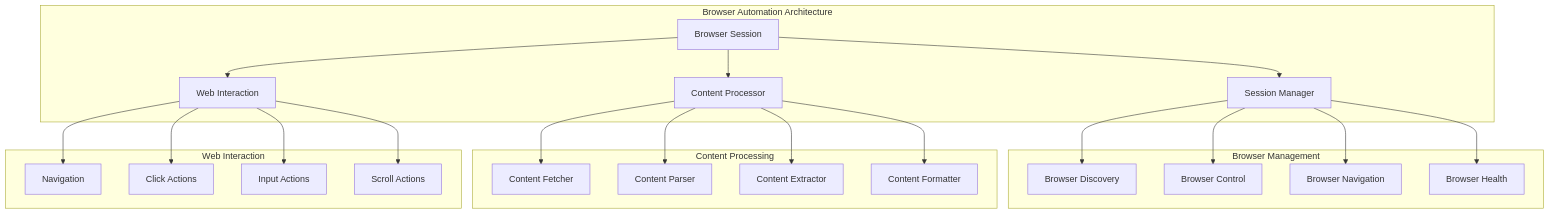
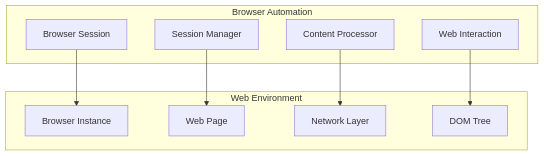
The diagram in docs/integrations/BROWSER_AUTOMATION.md (mschulkind/kilocode), drawn with Mermaid before and after one commit. The commit also changed other lines of this file and 41 other files, not shown here.

````diff
--- a/docs/integrations/BROWSER_AUTOMATION.md
+++ b/docs/integrations/BROWSER_AUTOMATION.md
@@ -42,49 +46,21 @@
 ```mermaid
 graph TB
-    subgraph "Browser Automation Architecture"
+    subgraph "Browser Automation"
         BS[Browser Session]
         SM[Session Manager]
         WI[Web Interaction]
         CP[Content Processor]
     end
-
-    subgraph "Browser Management"
-        BD[Browser Discovery]
-        BC[Browser Control]
-        BN[Browser Navigation]
-        BH[Browser Health]
+    
+    subgraph "Web Environment"
+        BROWSER[Browser Instance]
+        PAGE[Web Page]
+        NETWORK[Network Layer]
+        DOM[DOM Tree]
     end
-
-    subgraph "Content Processing"
-        CF[Content Fetcher]
-        CPARSE[Content Parser]
-        CEXTRACT[Content Extractor]
-        CFORMAT[Content Formatter]
-    end
-
-    subgraph "Web Interaction"
-        NAV[Navigation]
-        CLICK[Click Actions]
-        INPUT[Input Actions]
-        SCROLL[Scroll Actions]
-    end
-
-    BS --> SM
-    BS --> WI
-    BS --> CP
-
-    SM --> BD
-    SM --> BC
-    SM --> BN
-    SM --> BH
-
-    CP --> CF
-    CP --> CPARSE
-    CP --> CEXTRACT
-    CP --> CFORMAT
-
-    WI --> NAV
-    WI --> CLICK
-    WI --> INPUT
-    WI --> SCROLL
+    
+    BS --> BROWSER
+    SM --> PAGE
+    WI --> DOM
+    CP --> NETWORK
 ```
````
